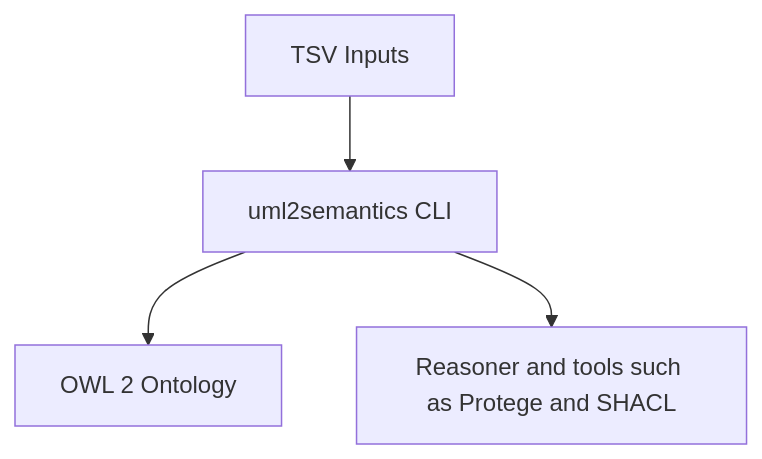
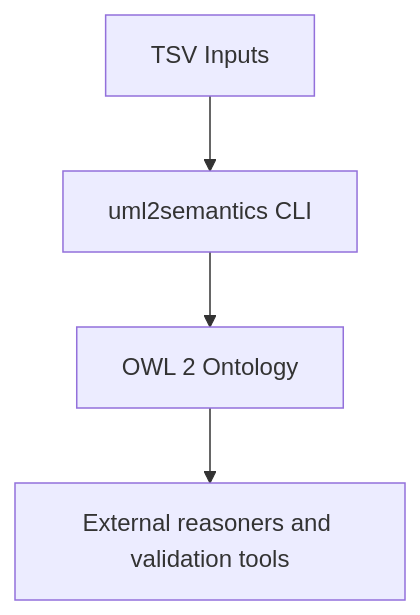
One commit to chris-day/uml2semantics-python changed the diagram in docs/index.md. Above: the diagram before and after it, drawn with Mermaid. The commit also changed other lines of this file and 35 other files, not shown here.

````diff
--- a/docs/index.md
+++ b/docs/index.md
@@ -5,6 +7,6 @@
 ```mermaid
 flowchart TD
   A["TSV Inputs"] --> B["uml2semantics CLI"]
   B --> C["OWL 2 Ontology"]
-  B --> D["Reasoner and tools such as Protege and SHACL"]
+  C --> D["External reasoners and validation tools"]
 ```
````
